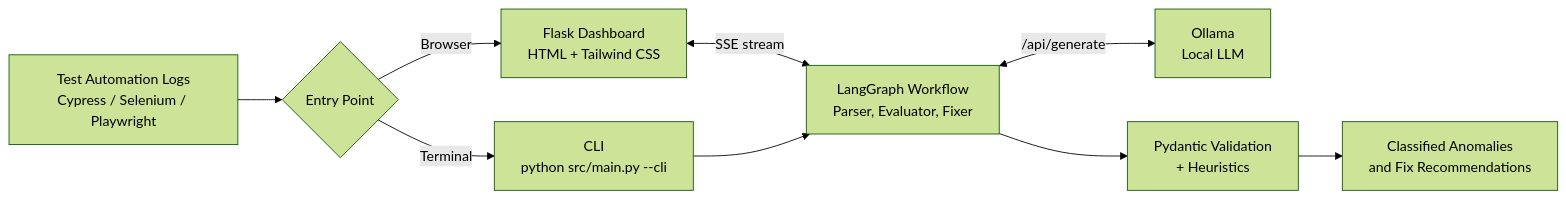
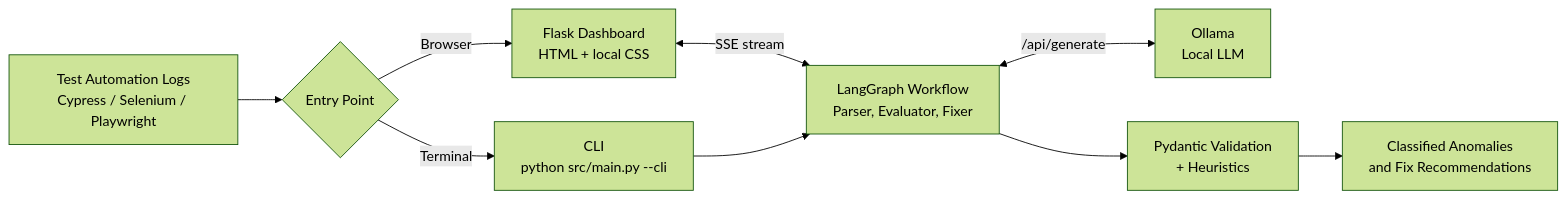
One commit to acorvello/automation-code-validator changed the first of 2 diagrams in README.md. Above: the diagram before and after it, drawn with Mermaid (forest theme). The commit also changed other lines of this file and 25 other files, not shown here.

````diff
--- a/README.md
+++ b/README.md
@@ -66,11 +73,11 @@
 ```mermaid
 flowchart LR
     L["Test Automation Logs<br/>Cypress / Selenium / Playwright"] --> I{"Entry Point"}
-    I -->|"Browser"| W["Flask Dashboard<br/>HTML + Tailwind CSS"]
+    I -->|"Browser"| W["Flask Dashboard<br/>HTML + local CSS"]
     I -->|"Terminal"| C["CLI<br/>python src/main.py --cli"]
     W <-->|"SSE stream"| G["LangGraph Workflow<br/>Parser, Evaluator, Fixer"]
     C --> G
     G <-->|"/api/generate"| O["Ollama<br/>Local LLM"]
     G --> V["Pydantic Validation<br/>+ Heuristics"]
     V --> R["Classified Anomalies<br/>and Fix Recommendations"]
 ```
````
